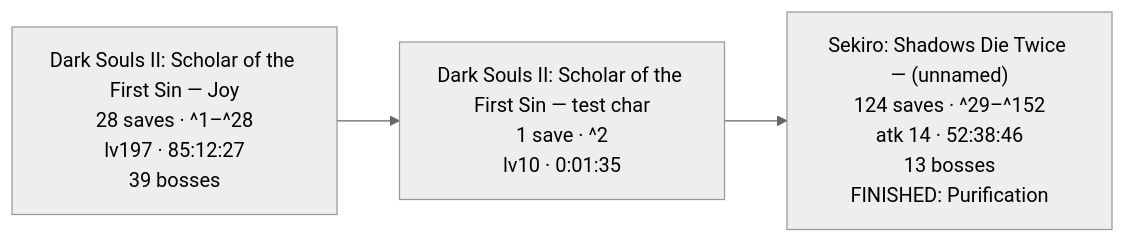
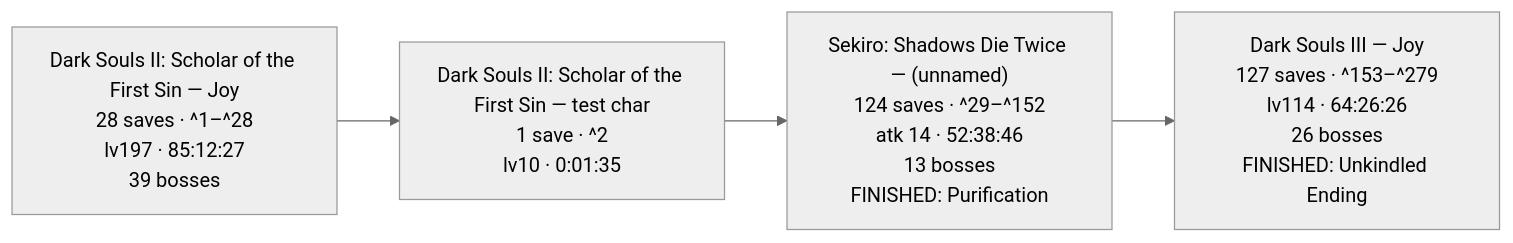
Before and after one commit to darthdemono/sl2-corpus: the first of 5 diagrams in Combined.md, drawn with Mermaid (neutral theme). The commit also changed other lines of this file and 1 other file, not shown here.

Commit message:
Listed Dark Souls III in the README and rebuilt the combined timeline.

````diff
--- a/Combined.md
+++ b/Combined.md
@@ -27,8 +27,10 @@
 ```mermaid
 flowchart LR
   r0["Dark Souls II: Scholar of the First Sin — Joy<br/>28 saves · ^1–^28<br/>lv197 · 85:12:27<br/>39 bosses"]
   r1["Dark Souls II: Scholar of the First Sin — test char<br/>1 save · ^2<br/>lv10 · 0:01:35"]
   r2["Sekiro: Shadows Die Twice — (unnamed)<br/>124 saves · ^29–^152<br/>atk 14 · 52:38:46<br/>13 bosses<br/>FINISHED: Purification"]
+  r3["Dark Souls III — Joy<br/>127 saves · ^153–^279<br/>lv114 · 64:26:26<br/>26 bosses<br/>FINISHED: Unkindled Ending"]
   r0 --> r1
   r1 --> r2
+  r2 --> r3
 ```
````
